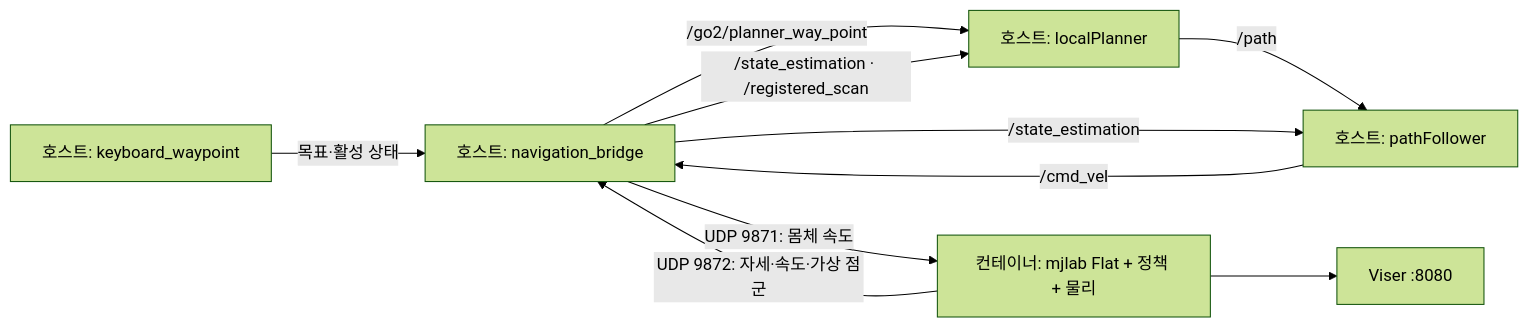
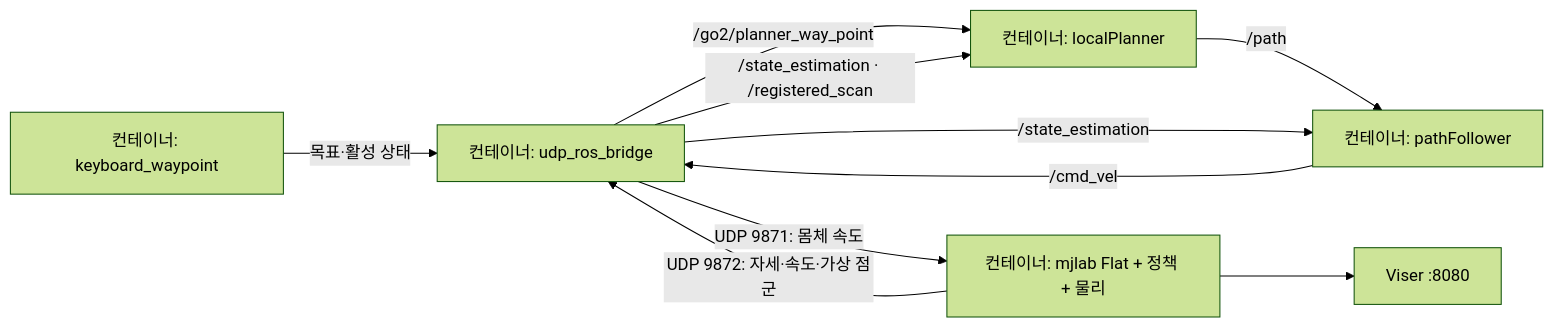
Before and after one commit to kante2/go2_rl_public: the diagram in simulator/README.md, drawn with Mermaid (forest theme). The commit also changed other lines of this file and 4 other files, not shown here.

````diff
--- a/simulator/README.md
+++ b/simulator/README.md
@@ -89,12 +114,12 @@
 ```mermaid
 flowchart LR
-  K["호스트: keyboard_waypoint"] -->|"목표·활성 상태"| B["호스트: navigation_bridge"]
-  B -->|"/go2/planner_way_point"| P["호스트: localPlanner"]
-  P -->|"/path"| F["호스트: pathFollower"]
+  K["컨테이너: keyboard_waypoint"] -->|"목표·활성 상태"| B["컨테이너: udp_ros_bridge"]
+  B -->|"/go2/planner_way_point"| P["컨테이너: localPlanner"]
+  P -->|"/path"| F["컨테이너: pathFollower"]
   F -->|"/cmd_vel"| B
   B -->|"UDP 9871: 몸체 속도"| S["컨테이너: mjlab Flat + 정책 + 물리"]
   S -->|"UDP 9872: 자세·속도·가상 점군"| B
   B -->|"/state_estimation · /registered_scan"| P
   B -->|"/state_estimation"| F
   S --> V["Viser :8080"]
 ```
````
